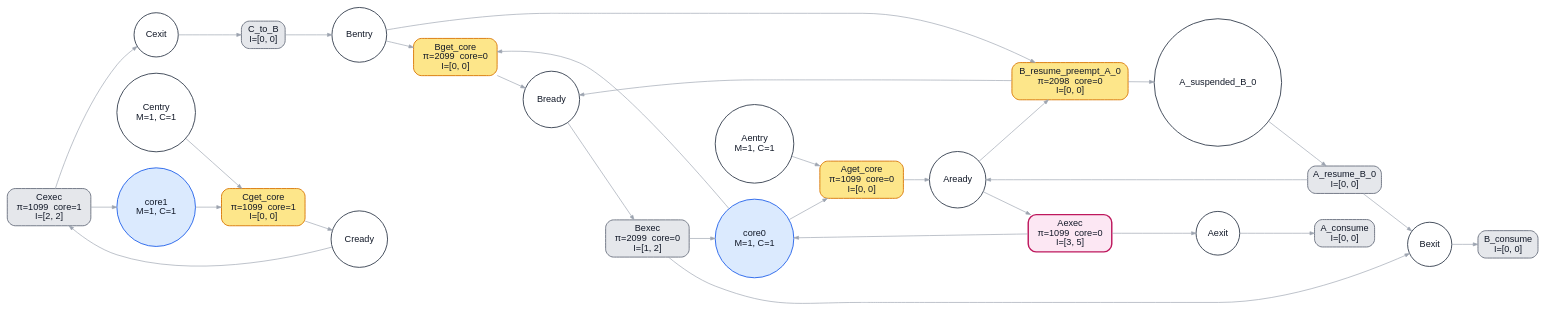
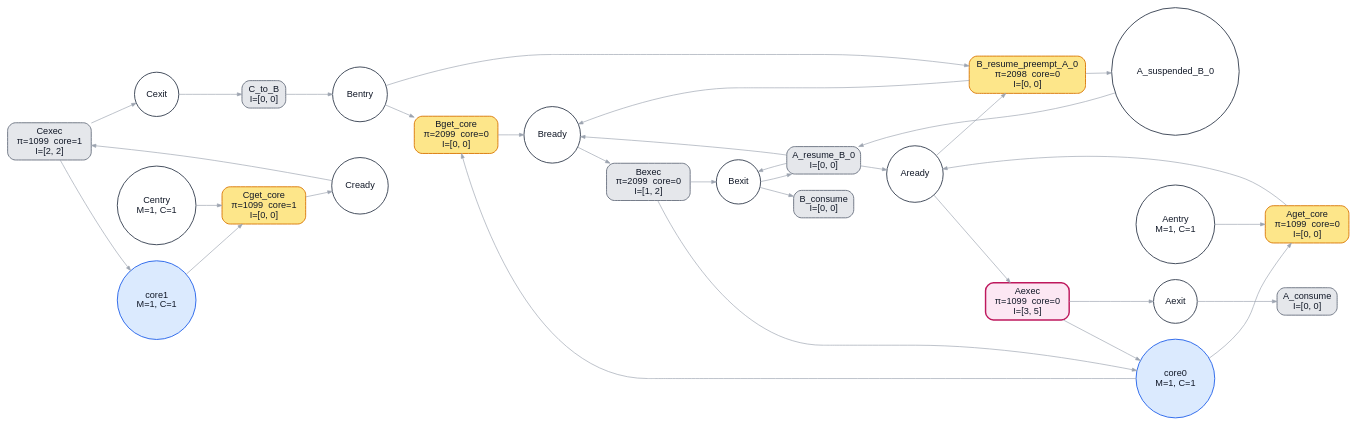
Before and after one commit to kevindadi/PPTPN: the diagram in example/bench/preemption_delayed/ptpn.dot, drawn with Graphviz. The commit also changed 22 other files, not shown here.

```diff
--- a/example/bench/preemption_delayed/ptpn.dot
+++ b/example/bench/preemption_delayed/ptpn.dot
@@ -1,57 +1,59 @@
 digraph G {
 graph [rankdir=LR, fontname="Helvetica", nodesep=0.35, ranksep=0.55, bgcolor="white"];
 node [fontname="Helvetica", margin=0.08, style="filled,rounded", fontcolor="#111827"];
 edge [fontname="Helvetica", color="#9ca3af", arrowsize=0.7];
 "Bentry" [label="Bentry", shape="circle", style="filled,rounded", fillcolor="#ffffff", color="#374151", fontcolor="#111827", penwidth="1.4"];
 "Bready" [label="Bready", shape="circle", style="filled,rounded", fillcolor="#ffffff", color="#374151", fontcolor="#111827", penwidth="1.4"];
 "Bexit" [label="Bexit", shape="circle", style="filled,rounded", fillcolor="#ffffff", color="#374151", fontcolor="#111827", penwidth="1.4"];
 "Centry" [label="Centry\nM=1, C=1", shape="circle", style="filled,rounded", fillcolor="#ffffff", color="#374151", fontcolor="#111827", penwidth="1.4"];
 "Cready" [label="Cready", shape="circle", style="filled,rounded", fillcolor="#ffffff", color="#374151", fontcolor="#111827", penwidth="1.4"];
 "Cexit" [label="Cexit", shape="circle", style="filled,rounded", fillcolor="#ffffff", color="#374151", fontcolor="#111827", penwidth="1.4"];
 "Aentry" [label="Aentry\nM=1, C=1", shape="circle", style="filled,rounded", fillcolor="#ffffff", color="#374151", fontcolor="#111827", penwidth="1.4"];
 "Aready" [label="Aready", shape="circle", style="filled,rounded", fillcolor="#ffffff", color="#374151", fontcolor="#111827", penwidth="1.4"];
 "Aexit" [label="Aexit", shape="circle", style="filled,rounded", fillcolor="#ffffff", color="#374151", fontcolor="#111827", penwidth="1.4"];
 "A_suspended_B_0" [label="A_suspended_B_0", shape="circle", style="filled,rounded", fillcolor="#ffffff", color="#374151", fontcolor="#111827", penwidth="1.4"];
 "core0" [label="core0\nM=1, C=1", shape="circle", style="filled,rounded", fillcolor="#dbeafe", color="#2563eb", fontcolor="#111827", penwidth="1.4"];
 "core1" [label="core1\nM=1, C=1", shape="circle", style="filled,rounded", fillcolor="#dbeafe", color="#2563eb", fontcolor="#111827", penwidth="1.4"];
 "Bget_core" [label="Bget_core\nπ=2099  core=0\nI=[0, 0]", shape="box", style="filled,rounded", fillcolor="#fde68a", color="#d97706", fontcolor="#111827", penwidth="1.4"];
 "Bexec" [label="Bexec\nπ=2099  core=0\nI=[1, 2]", shape="box", style="filled,rounded", fillcolor="#e5e7eb", color="#6b7280", fontcolor="#111827", penwidth="1.4"];
 "Cget_core" [label="Cget_core\nπ=1099  core=1\nI=[0, 0]", shape="box", style="filled,rounded", fillcolor="#fde68a", color="#d97706", fontcolor="#111827", penwidth="1.4"];
 "Cexec" [label="Cexec\nπ=1099  core=1\nI=[2, 2]", shape="box", style="filled,rounded", fillcolor="#e5e7eb", color="#6b7280", fontcolor="#111827", penwidth="1.4"];
 "Aget_core" [label="Aget_core\nπ=1099  core=0\nI=[0, 0]", shape="box", style="filled,rounded", fillcolor="#fde68a", color="#d97706", fontcolor="#111827", penwidth="1.4"];
 "Aexec" [label="Aexec\nπ=1099  core=0\nI=[3, 5]", shape="box", style="filled,rounded", fillcolor="#fce7f3", color="#be185d", fontcolor="#111827", penwidth="2.2"];
 "C_to_B" [label="C_to_B\nI=[0, 0]", shape="box", style="filled,rounded", fillcolor="#e5e7eb", color="#6b7280", fontcolor="#111827", penwidth="1.4"];
 "A_consume" [label="A_consume\nI=[0, 0]", shape="box", style="filled,rounded", fillcolor="#e5e7eb", color="#6b7280", fontcolor="#111827", penwidth="1.4"];
 "B_consume" [label="B_consume\nI=[0, 0]", shape="box", style="filled,rounded", fillcolor="#e5e7eb", color="#6b7280", fontcolor="#111827", penwidth="1.4"];
 "B_resume_preempt_A_0" [label="B_resume_preempt_A_0\nπ=2098  core=0\nI=[0, 0]", shape="box", style="filled,rounded", fillcolor="#fde68a", color="#d97706", fontcolor="#111827", penwidth="1.4"];
 "A_resume_B_0" [label="A_resume_B_0\nI=[0, 0]", shape="box", style="filled,rounded", fillcolor="#e5e7eb", color="#6b7280", fontcolor="#111827", penwidth="1.4"];
 "Bentry" -> "Bget_core" [label="", color="#9ca3af", penwidth="1.0"];
 "Bentry" -> "B_resume_preempt_A_0" [label="", color="#9ca3af", penwidth="1.0"];
 "Bready" -> "Bexec" [label="", color="#9ca3af", penwidth="1.0"];
 "Bexit" -> "B_consume" [label="", color="#9ca3af", penwidth="1.0"];
+"Bexit" -> "A_resume_B_0" [label="", color="#9ca3af", penwidth="1.0"];
 "Centry" -> "Cget_core" [label="", color="#9ca3af", penwidth="1.0"];
 "Cready" -> "Cexec" [label="", color="#9ca3af", penwidth="1.0"];
 "Cexit" -> "C_to_B" [label="", color="#9ca3af", penwidth="1.0"];
 "Aentry" -> "Aget_core" [label="", color="#9ca3af", penwidth="1.0"];
 "Aready" -> "Aexec" [label="", color="#9ca3af", penwidth="1.0"];
 "Aready" -> "B_resume_preempt_A_0" [label="", color="#9ca3af", penwidth="1.0"];
 "Aexit" -> "A_consume" [label="", color="#9ca3af", penwidth="1.0"];
 "A_suspended_B_0" -> "A_resume_B_0" [label="", color="#9ca3af", penwidth="1.0"];
 "core0" -> "Bget_core" [label="", color="#9ca3af", penwidth="1.0"];
 "core0" -> "Aget_core" [label="", color="#9ca3af", penwidth="1.0"];
 "core1" -> "Cget_core" [label="", color="#9ca3af", penwidth="1.0"];
 "Bget_core" -> "Bready" [label="", color="#9ca3af", penwidth="1.0"];
 "Bexec" -> "Bexit" [label="", color="#9ca3af", penwidth="1.0"];
 "Bexec" -> "core0" [label="", color="#9ca3af", penwidth="1.0"];
 "Cget_core" -> "Cready" [label="", color="#9ca3af", penwidth="1.0"];
 "Cexec" -> "Cexit" [label="", color="#9ca3af", penwidth="1.0"];
 "Cexec" -> "core1" [label="", color="#9ca3af", penwidth="1.0"];
 "Aget_core" -> "Aready" [label="", color="#9ca3af", penwidth="1.0"];
 "Aexec" -> "Aexit" [label="", color="#9ca3af", penwidth="1.0"];
 "Aexec" -> "core0" [label="", color="#9ca3af", penwidth="1.0"];
 "C_to_B" -> "Bentry" [label="", color="#9ca3af", penwidth="1.0"];
 "B_resume_preempt_A_0" -> "Bready" [label="", color="#9ca3af", penwidth="1.0"];
 "B_resume_preempt_A_0" -> "A_suspended_B_0" [label="", color="#9ca3af", penwidth="1.0"];
+"A_resume_B_0" -> "Bready" [label="", color="#9ca3af", penwidth="1.0"];
 "A_resume_B_0" -> "Bexit" [label="", color="#9ca3af", penwidth="1.0"];
 "A_resume_B_0" -> "Aready" [label="", color="#9ca3af", penwidth="1.0"];
 }
```
